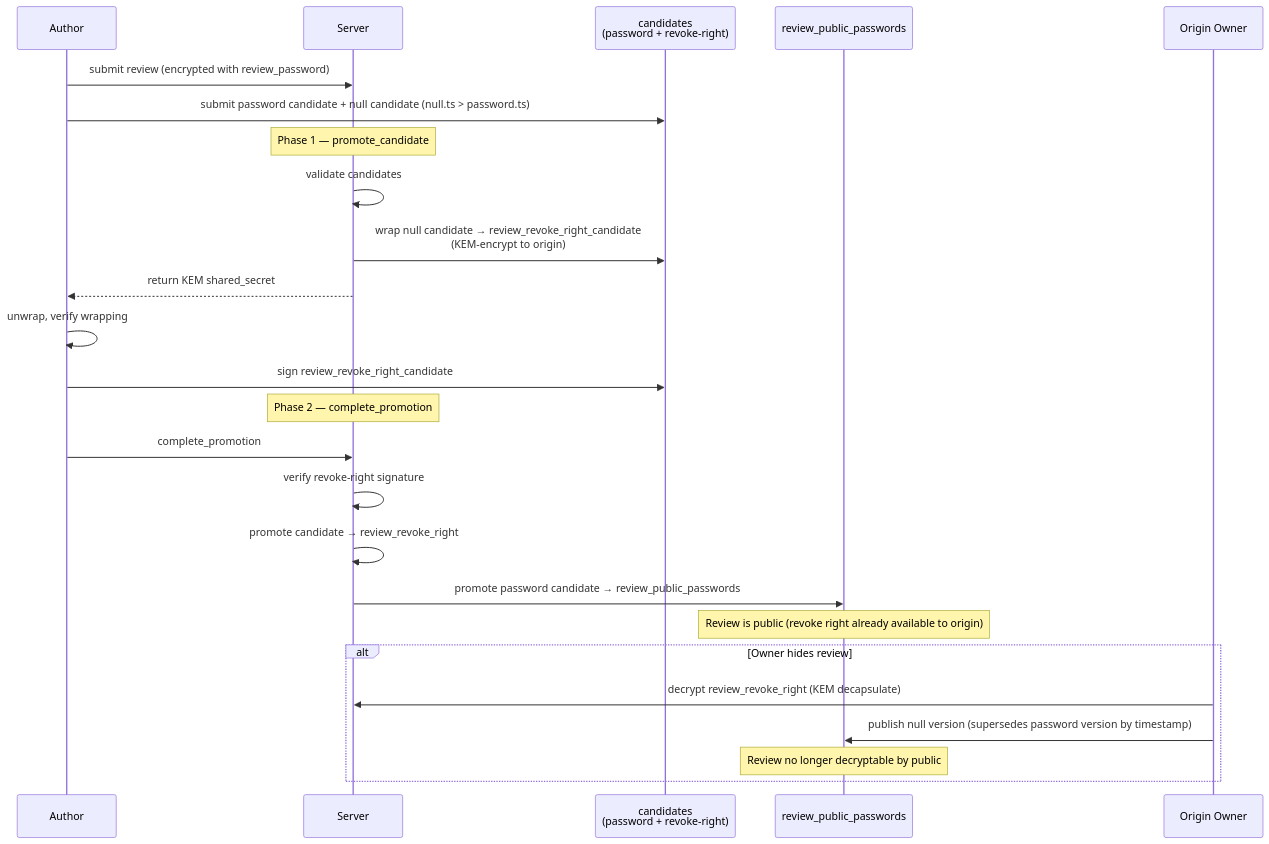
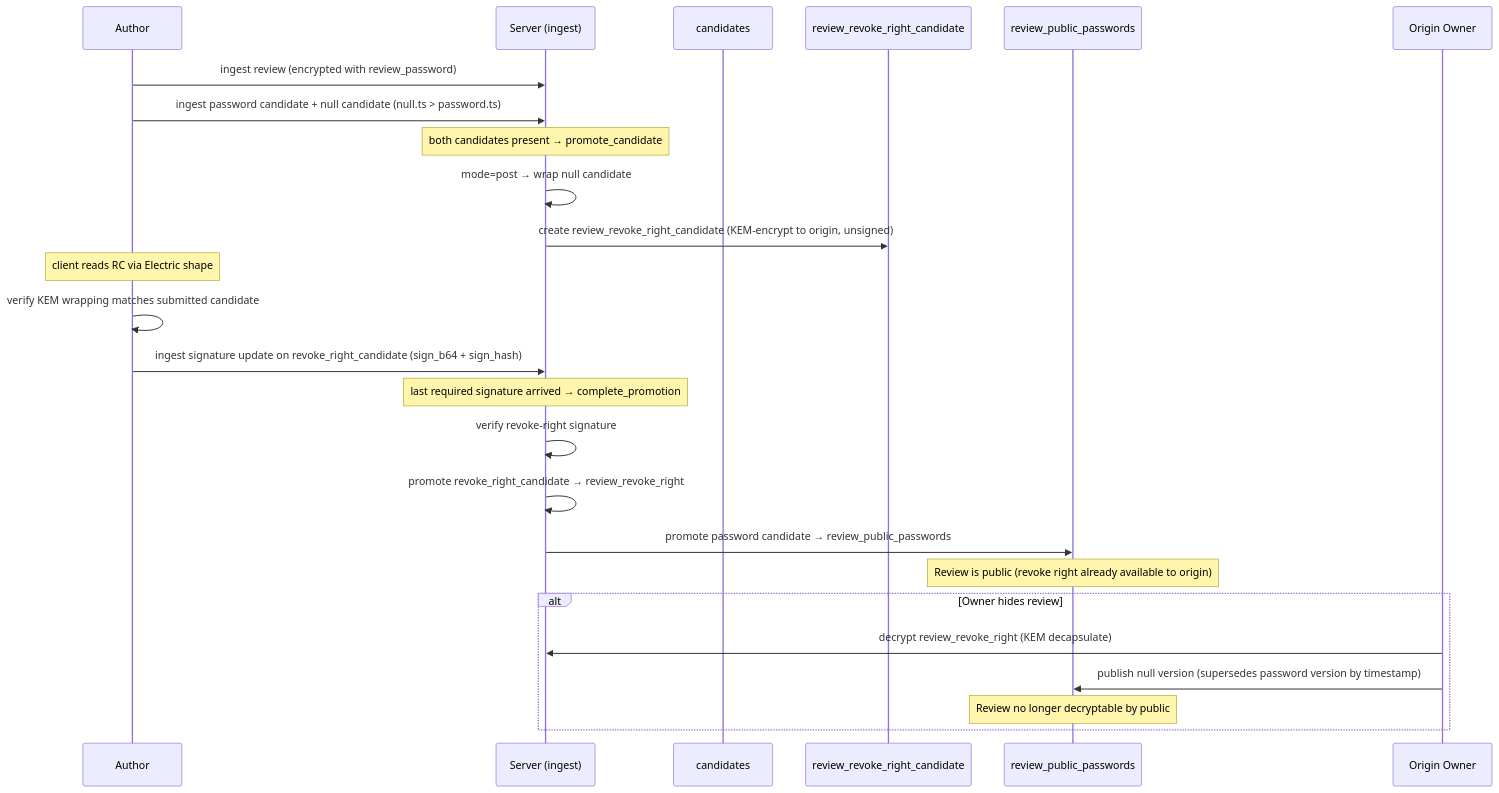
One commit to Buckitup-chat/chat changed the third of 4 diagrams in docs/proposal/reviews.md. Above: the diagram before and after it, drawn with Mermaid. The commit also changed other lines of this file and 3 other files, not shown here.

````diff
--- a/docs/proposal/reviews.md
+++ b/docs/proposal/reviews.md
@@ -170,30 +174,31 @@
 ```mermaid
 sequenceDiagram
     participant A as Author
-    participant S as Server
-    participant C as candidates<br/>(password + revoke-right)
+    participant S as Server (ingest)
+    participant C as candidates
+    participant RC as review_revoke_right_candidate
     participant P as review_public_passwords
     participant O as Origin Owner
 
-    A->>S: submit review (encrypted with review_password)
-    A->>C: submit password candidate + null candidate (null.ts > password.ts)
-    Note over S: Phase 1 — promote_candidate
-    S->>S: validate candidates
-    S->>C: wrap null candidate → review_revoke_right_candidate<br/>(KEM-encrypt to origin)
-    S-->>A: return KEM shared_secret
-    A->>A: unwrap, verify wrapping
-    A->>C: sign review_revoke_right_candidate
-    Note over S: Phase 2 — complete_promotion
-    A->>S: complete_promotion
+    A->>S: ingest review (encrypted with review_password)
+    A->>S: ingest password candidate + null candidate (null.ts > password.ts)
+    Note over S: both candidates present → promote_candidate
+    S->>S: mode=post → wrap null candidate
+    S->>RC: create review_revoke_right_candidate (KEM-encrypt to origin, unsigned)
+
+    Note over A: client reads RC via Electric shape
+    A->>A: verify KEM wrapping matches submitted candidate
+    A->>S: ingest signature update on revoke_right_candidate (sign_b64 + sign_hash)
+    Note over S: last required signature arrived → complete_promotion
     S->>S: verify revoke-right signature
-    S->>S: promote candidate → review_revoke_right
+    S->>S: promote revoke_right_candidate → review_revoke_right
     S->>P: promote password candidate → review_public_passwords
 
     Note over P: Review is public (revoke right already available to origin)
 
     alt Owner hides review
         O->>S: decrypt review_revoke_right (KEM decapsulate)
         O->>P: publish null version (supersedes password version by timestamp)
         Note over P: Review no longer decryptable by public
     end
 ```
````
